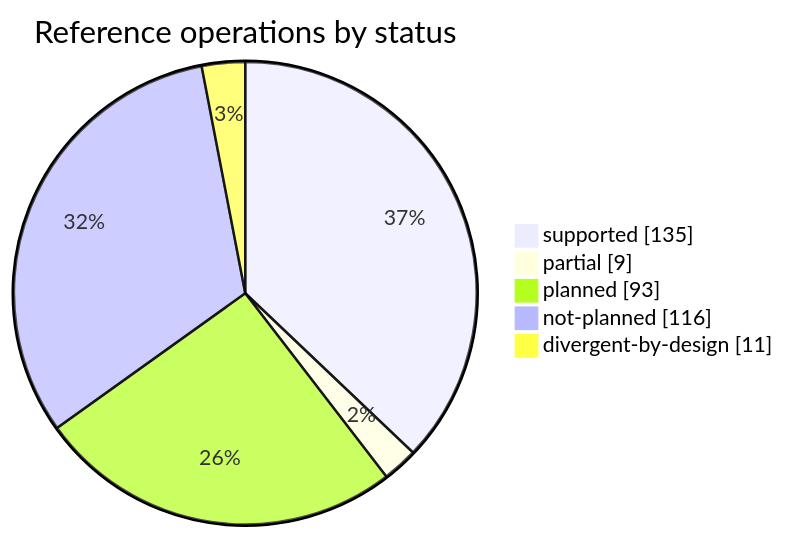
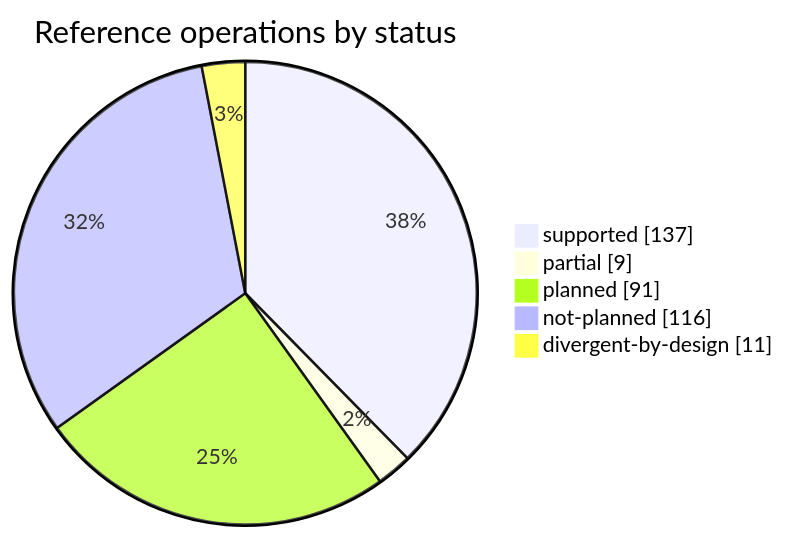
The first of 2 diagrams in docs/COVERAGE.md (rafaelvieiras/tinyfin), drawn with Mermaid before and after one commit. The commit also changed other lines of this file and 30 other files, not shown here.

````diff
--- a/docs/COVERAGE.md
+++ b/docs/COVERAGE.md
@@ -32,8 +32,8 @@
 ```mermaid
 pie showData title Reference operations by status
-    "supported" : 135
+    "supported" : 137
     "partial" : 9
-    "planned" : 93
+    "planned" : 91
     "not-planned" : 116
     "divergent-by-design" : 11
 ```
````
